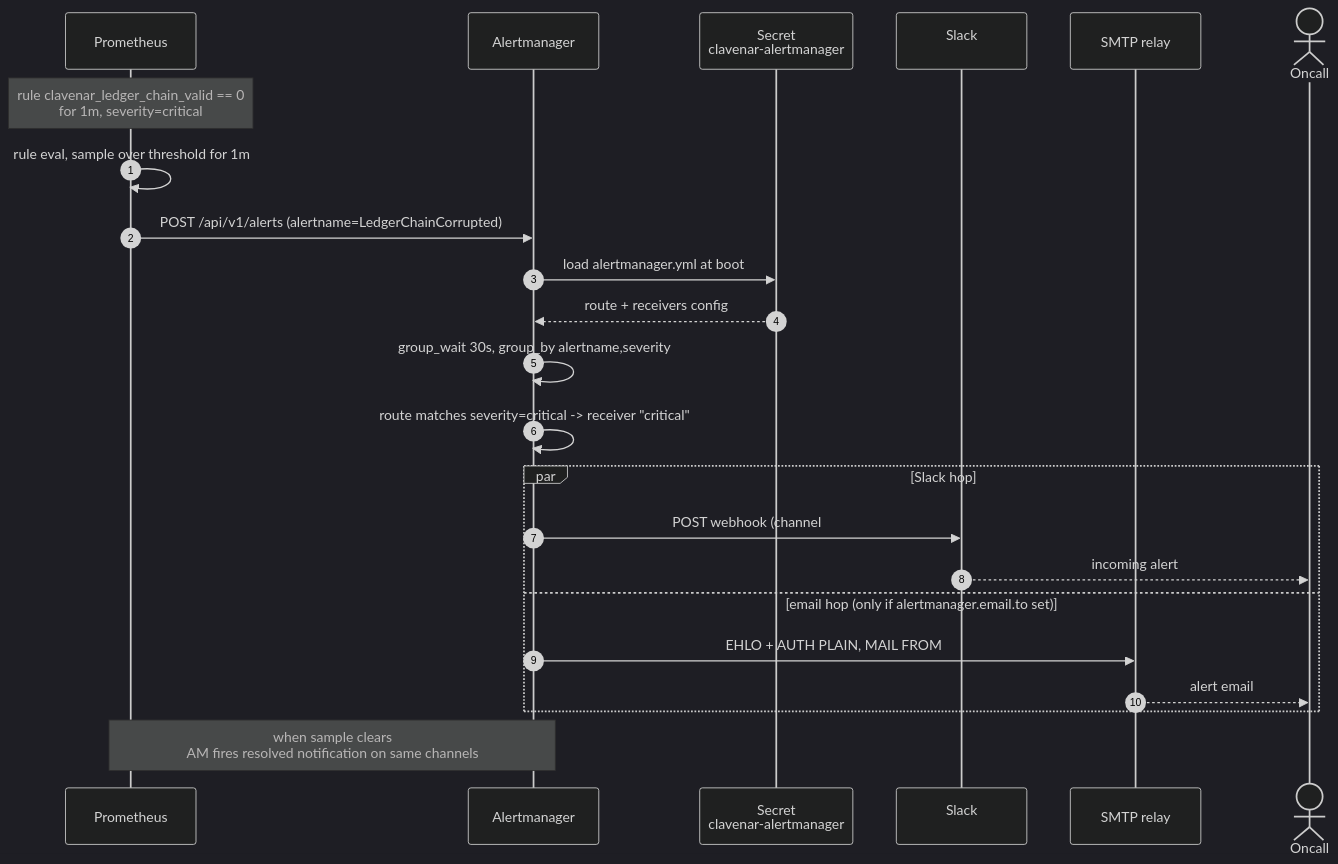
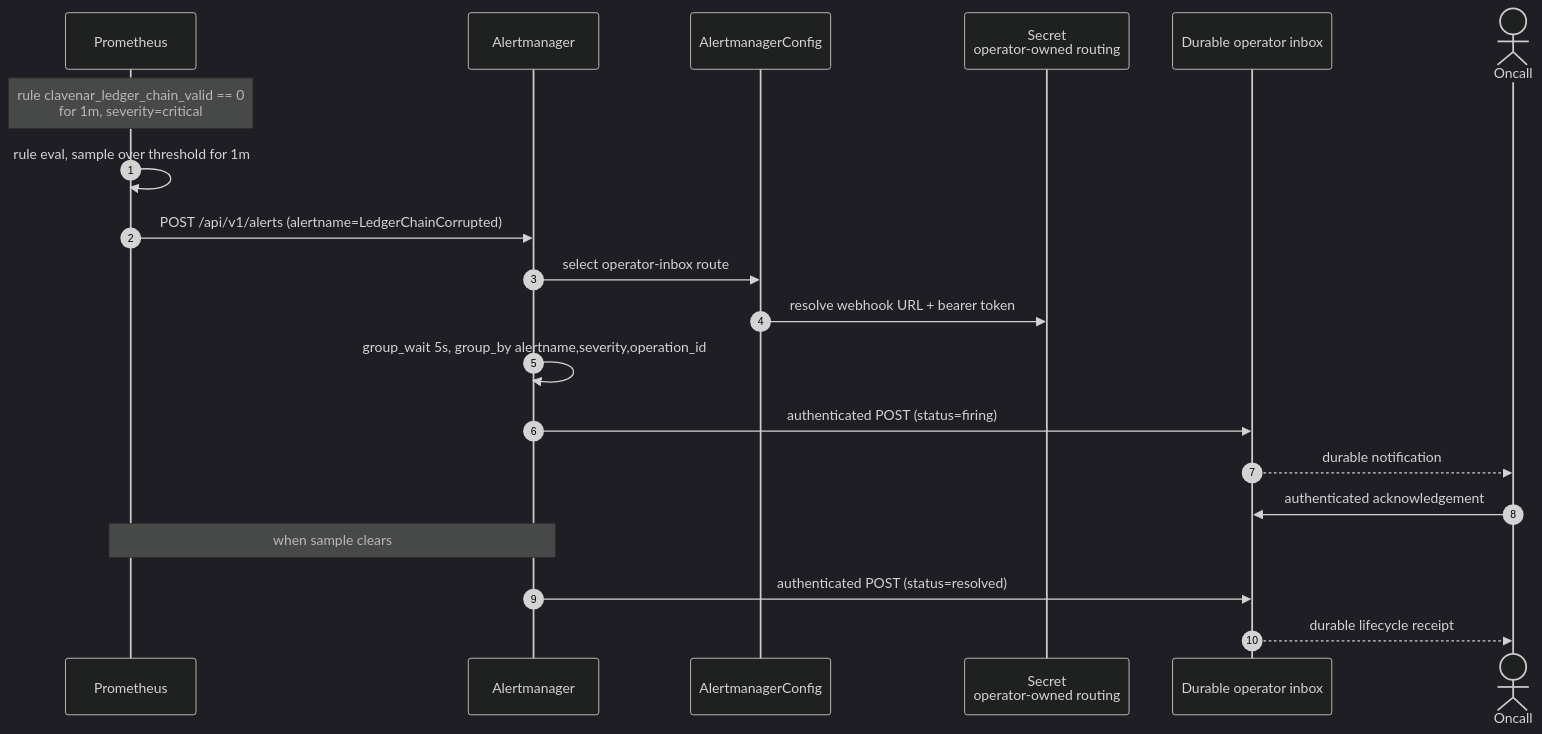
Before and after one commit to clavenar/clavenar-charts: the fifth of 8 diagrams in docs/SEQUENCES.md, drawn with Mermaid (dark theme). The commit also changed other lines of this file and 10 other files, not shown here.

Commit message:
add operator alert lifecycle resources

````diff
--- a/docs/SEQUENCES.md
+++ b/docs/SEQUENCES.md
@@ -190,29 +189,24 @@
 ```mermaid
 sequenceDiagram
     autonumber
     participant Prom as Prometheus
     participant AM as Alertmanager
-    participant Sec as Secret<br/>clavenar-alertmanager
-    participant Slack as Slack<br/>#clavenar-ops
-    participant SMTP as SMTP relay
+    participant AMC as AlertmanagerConfig
+    participant Sec as Secret<br/>operator-owned routing
+    participant Inbox as Durable operator inbox
     actor Op as Oncall
 
     Note over Prom: rule clavenar_ledger_chain_valid == 0<br/>for 1m, severity=critical
     Prom->>Prom: rule eval, sample over threshold for 1m
     Prom->>AM: POST /api/v1/alerts (alertname=LedgerChainCorrupted)
 
-    AM->>Sec: load alertmanager.yml at boot
-    Sec-->>AM: route + receivers config
-    AM->>AM: group_wait 30s, group_by alertname,severity
-    AM->>AM: route matches severity=critical -> receiver "critical"
-
-    par Slack hop
-        AM->>Slack: POST webhook (channel #clavenar-ops, send_resolved=true)
-        Slack-->>Op: incoming alert
-    and email hop (only if alertmanager.email.to set)
-        AM->>SMTP: EHLO + AUTH PLAIN, MAIL FROM
-        SMTP-->>Op: alert email
-    end
-
-    Note over Prom,AM: when sample clears<br/>AM fires resolved notification on same channels
+    AM->>AMC: select operator-inbox route
+    AMC->>Sec: resolve webhook URL + bearer token
+    AM->>AM: group_wait 5s, group_by alertname,severity,operation_id
+    AM->>Inbox: authenticated POST (status=firing)
+    Inbox-->>Op: durable notification
+    Op->>Inbox: authenticated acknowledgement
+    Note over Prom,AM: when sample clears
+    AM->>Inbox: authenticated POST (status=resolved)
+    Inbox-->>Op: durable lifecycle receipt
 ```
````
